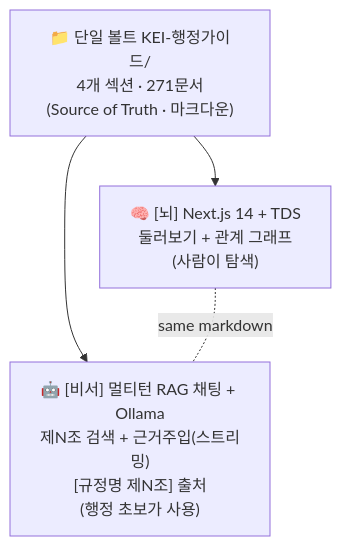
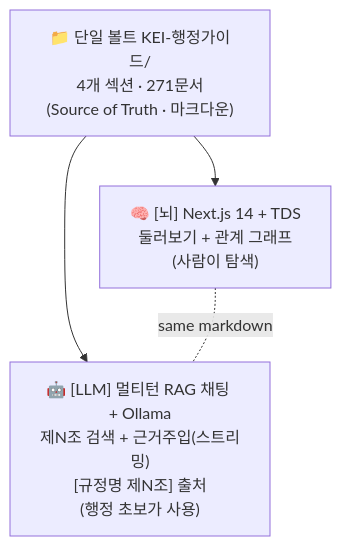
One commit to mooner92/KEIAdminSuperv changed the second of 3 diagrams in docs/01-overview.md. Above: the diagram before and after it, drawn with Mermaid. The commit also changed other lines of this file and 50 other files, not shown here.

````diff
--- a/docs/01-overview.md
+++ b/docs/01-overview.md
@@ -61,7 +61,7 @@
 ```mermaid
 flowchart TD
     V["📁 단일 볼트 KEI-행정가이드/<br/>4개 섹션 · 271문서<br/>(Source of Truth · 마크다운)"]
     V --> Brain["🧠 [뇌] Next.js 14 + TDS<br/>둘러보기 + 관계 그래프<br/>(사람이 탐색)"]
-    V --> Assist["🤖 [비서] 멀티턴 RAG 채팅 + Ollama<br/>제N조 검색 + 근거주입(스트리밍)<br/>[규정명 제N조] 출처<br/>(행정 초보가 사용)"]
+    V --> Assist["🤖 [LLM] 멀티턴 RAG 채팅 + Ollama<br/>제N조 검색 + 근거주입(스트리밍)<br/>[규정명 제N조] 출처<br/>(행정 초보가 사용)"]
     Brain -.same markdown.- Assist
 ```
````
